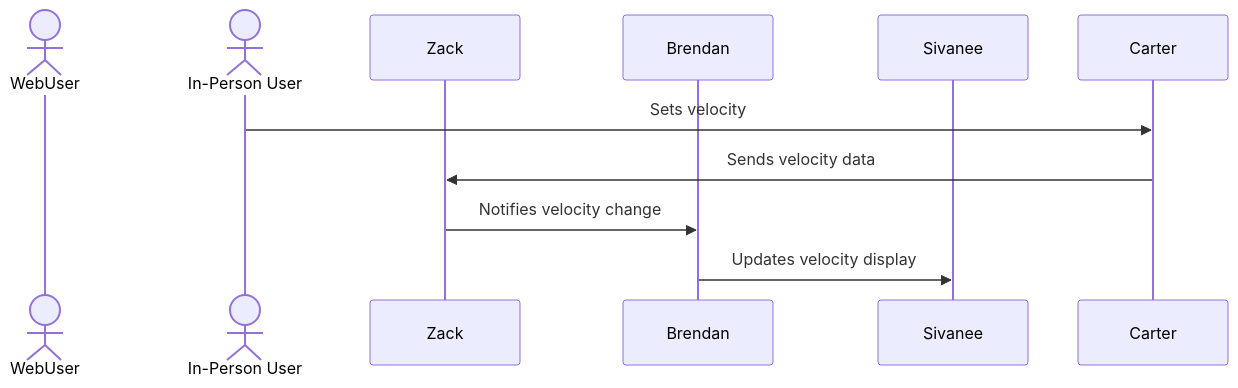
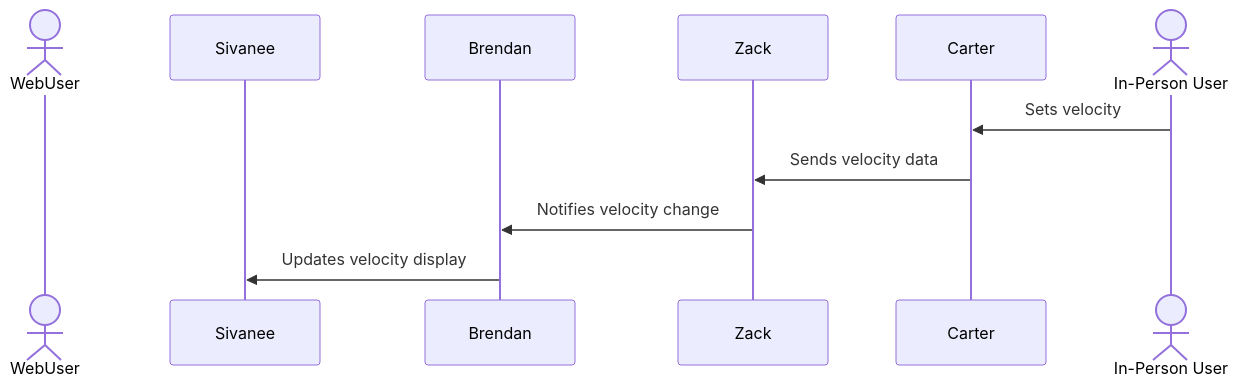
One commit to EGR314-2025-S-203/Team203.github.io changed the diagram in docs/Team Block.md. Above: the diagram before and after it, drawn with Mermaid.

Commit message:
Update Team Block.md

````diff
--- a/docs/Team Block.md
+++ b/docs/Team Block.md
@@ -6,15 +6,15 @@
 ```mermaid
 
 sequenceDiagram
     actor W as WebUser
-    actor I as In-Person User
+    participant Sivanee
+    participant Brendan
     participant Zack
-    participant Brendan
-    participant Sivanee
     participant Carter
+  actor I as In-Person User
     
     I->>Carter: Sets velocity
     Carter->>Zack: Sends velocity data
     Zack->>Brendan: Notifies velocity change
     Brendan->>Sivanee: Updates velocity display
 ``` 
````
